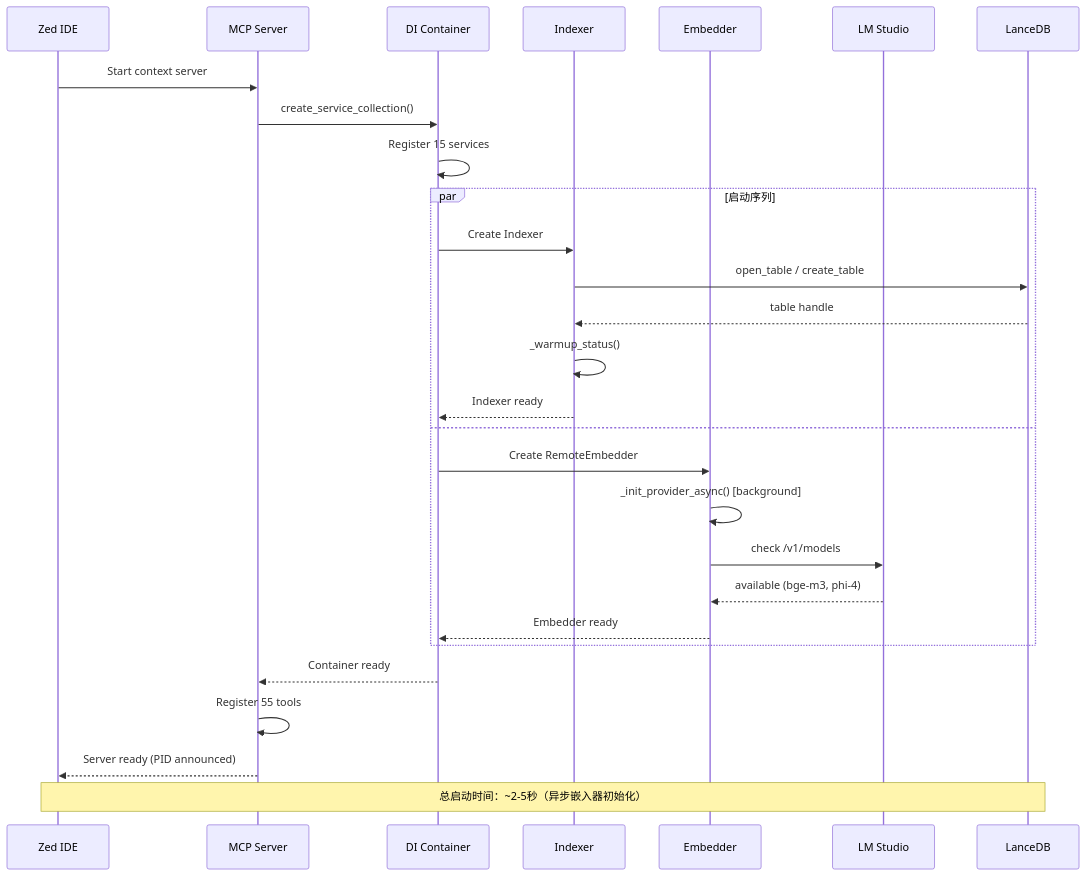
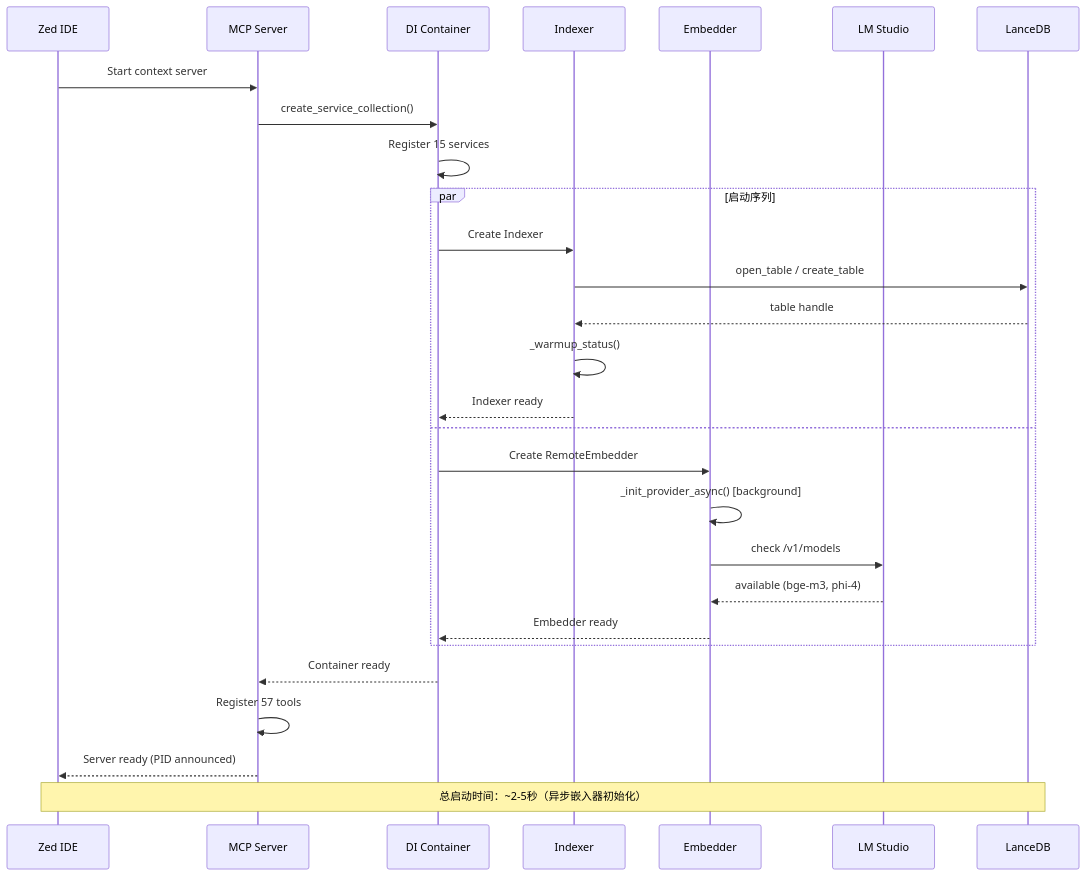
One commit to ManSio/mscodebase-intelligence changed the fifth of 8 diagrams in docs/zh/ARCHITECTURE_DEEP.md. Above: the diagram before and after it, drawn with Mermaid. The commit also changed other lines of this file and 58 other files, not shown here.

````diff
--- a/docs/zh/ARCHITECTURE_DEEP.md
+++ b/docs/zh/ARCHITECTURE_DEEP.md
@@ -178,34 +178,34 @@
 ```mermaid
 sequenceDiagram
     participant Zed as Zed IDE
     participant MCP as MCP Server
     participant DI as DI Container
     participant IX as Indexer
     participant EM as Embedder
     participant LM as LM Studio
     participant DB as LanceDB
 
     Zed->>MCP: Start context server
     MCP->>DI: create_service_collection()
     DI->>DI: Register 15 services
     
     par 启动序列
         DI->>IX: Create Indexer
         IX->>DB: open_table / create_table
         DB-->>IX: table handle
         IX->>IX: _warmup_status()
         IX-->>DI: Indexer ready
     and
         DI->>EM: Create RemoteEmbedder
         EM->>EM: _init_provider_async() [background]
         EM->>LM: check /v1/models
         LM-->>EM: available (bge-m3, phi-4)
         EM-->>DI: Embedder ready
     end
     
     DI-->>MCP: Container ready
-    MCP->>MCP: Register 55 tools
+    MCP->>MCP: Register 57 tools
     MCP-->>Zed: Server ready (PID announced)
     
     Note over Zed,DB: 总启动时间：~2-5秒（异步嵌入器初始化）
 ```
````
